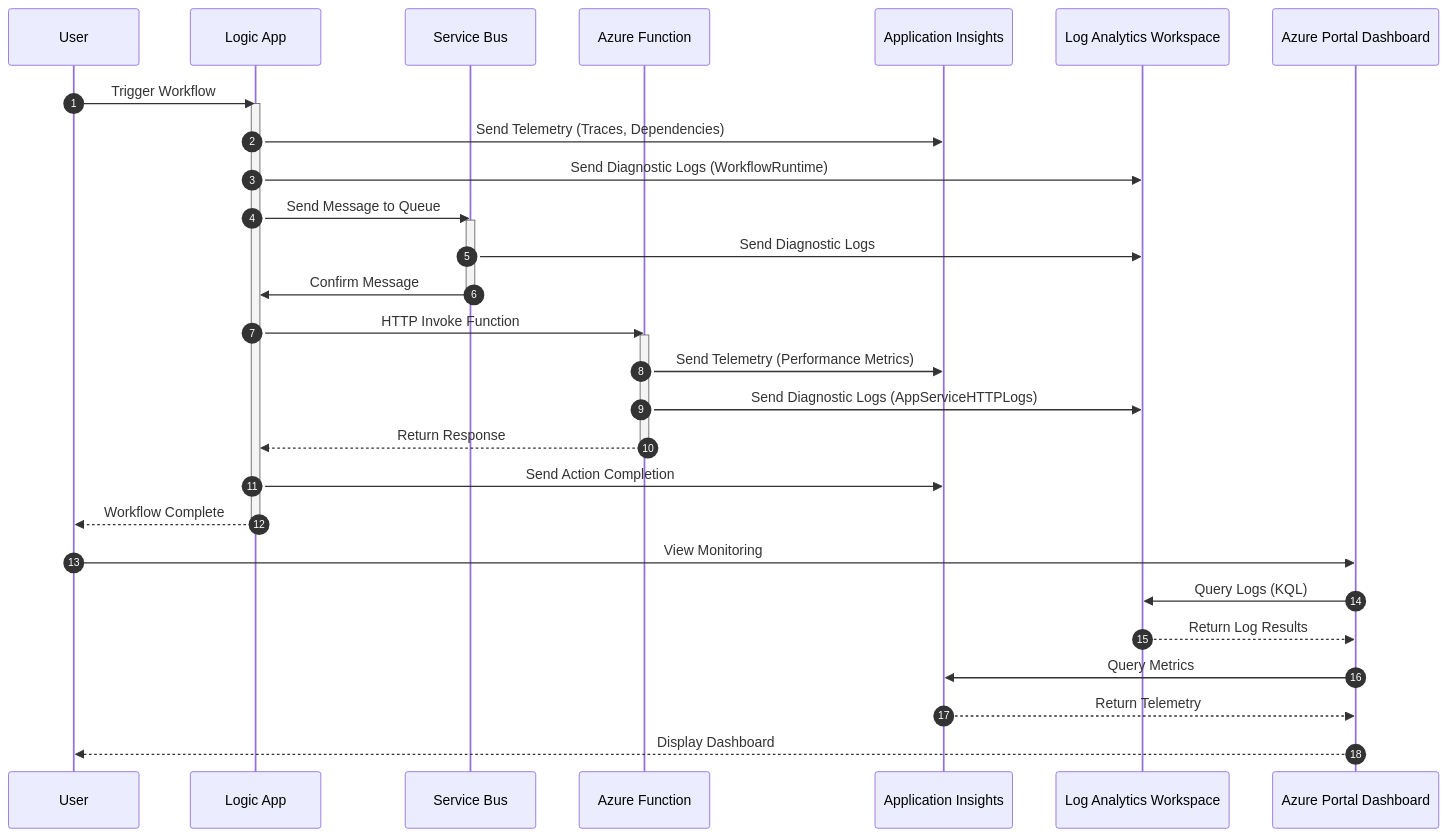
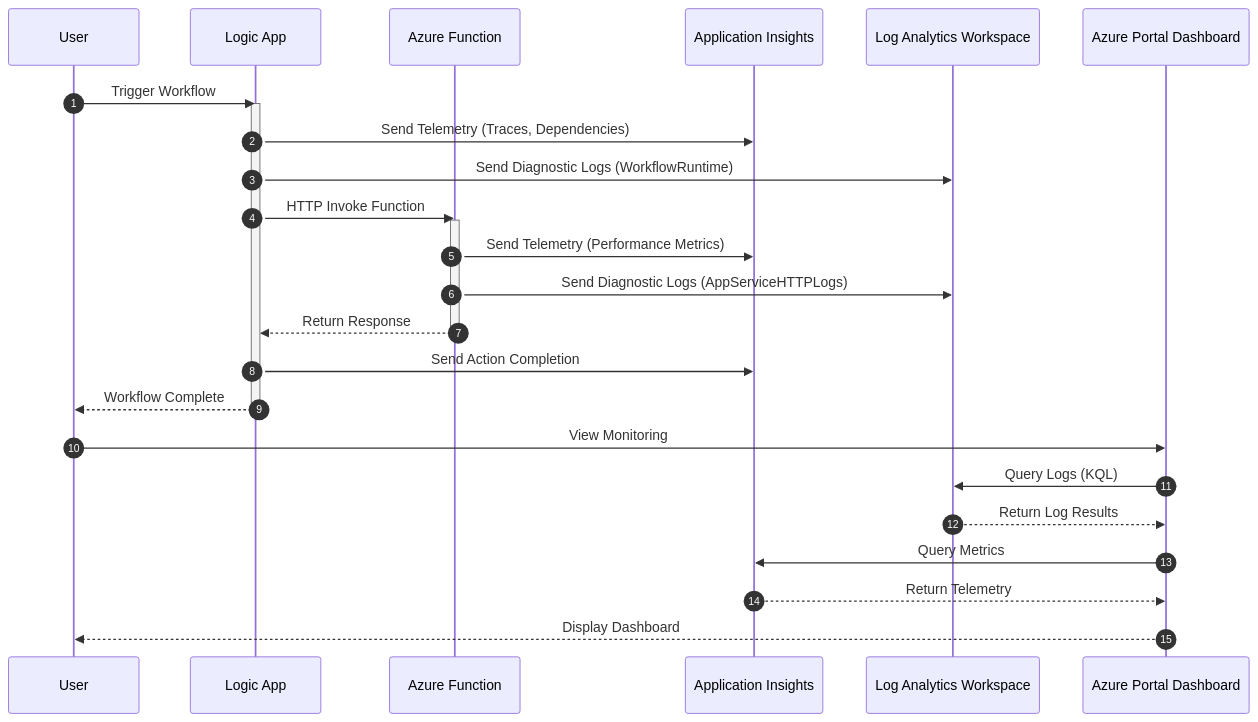
Before and after one commit to Evilazaro/Azure-LogicApps-Monitoring: the second of 2 diagrams in README.md, drawn with Mermaid. The commit also changed other lines of this file, not shown here.

Commit message:
refactor: Update README to clarify messaging module and remove Service Bus references

````diff
--- a/README.md
+++ b/README.md
@@ -121,37 +116,31 @@
 ```mermaid
 sequenceDiagram
     autonumber
     participant User
     participant LA as Logic App
-    participant SB as Service Bus
     participant AF as Azure Function
     participant AI as Application Insights
     participant LAW as Log Analytics Workspace
     participant Portal as Azure Portal Dashboard
     
     User->>LA: Trigger Workflow
     activate LA
     LA->>AI: Send Telemetry (Traces, Dependencies)
     LA->>LAW: Send Diagnostic Logs (WorkflowRuntime)
-    LA->>SB: Send Message to Queue
-    activate SB
-    SB->>LAW: Send Diagnostic Logs
-    SB->>LA: Confirm Message
-    deactivate SB
     LA->>AF: HTTP Invoke Function
     activate AF
     AF->>AI: Send Telemetry (Performance Metrics)
     AF->>LAW: Send Diagnostic Logs (AppServiceHTTPLogs)
     AF-->>LA: Return Response
     deactivate AF
     LA->>AI: Send Action Completion
     LA-->>User: Workflow Complete
     deactivate LA
     
     User->>Portal: View Monitoring
     Portal->>LAW: Query Logs (KQL)
     LAW-->>Portal: Return Log Results
     Portal->>AI: Query Metrics
     AI-->>Portal: Return Telemetry
     Portal-->>User: Display Dashboard
 ```
````
